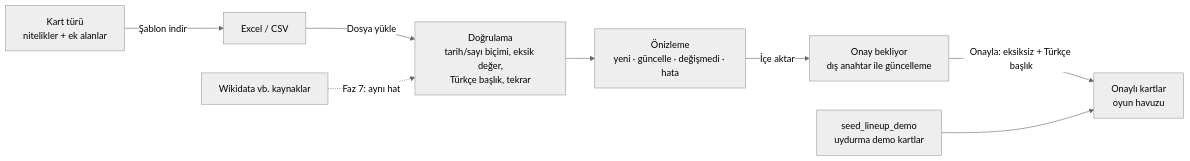
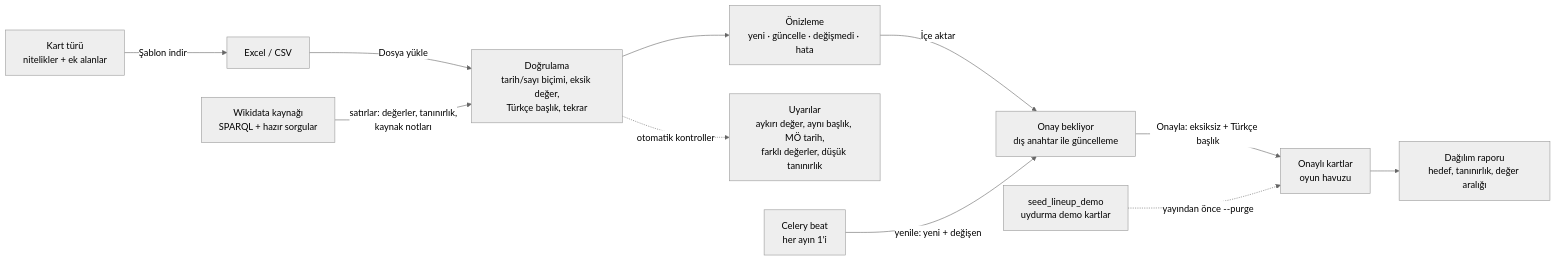
Before and after one commit to anilcelik0/saving: the fourth of 9 diagrams in docs/FLOW_lineup.md, drawn with Mermaid (neutral theme). The commit also changed other lines of this file and 15 other files, not shown here.

Commit message:
[lineup] Real data pipeline: Wikidata card sources (presets for provinces / films / battles, deterministic value pick, BC year fix, mul labels, 429 retry), popularity from sitelinks + trwiki views, automatic import checks, monthly refresh to staging, distribution report; Phase 7 docs

````diff
--- a/docs/FLOW_lineup.md
+++ b/docs/FLOW_lineup.md
@@ -119,10 +119,13 @@
 ```mermaid
 flowchart LR
     T[Kart türü<br/>nitelikler + ek alanlar] -->|Şablon indir| X[Excel / CSV]
     X -->|Dosya yükle| V[Doğrulama<br/>tarih/sayı biçimi, eksik değer,<br/>Türkçe başlık, tekrar]
     V --> P[Önizleme<br/>yeni · güncelle · değişmedi · hata]
     P -->|İçe aktar| S[Onay bekliyor<br/>dış anahtar ile güncelleme]
     S -->|Onayla: eksiksiz + Türkçe başlık| A[Onaylı kartlar<br/>oyun havuzu]
-    W[Wikidata vb. kaynaklar] -.->|Faz 7: aynı hat| V
-    D[seed_lineup_demo<br/>uydurma demo kartlar] --> A
+    W[Wikidata kaynağı<br/>SPARQL + hazır sorgular] -->|satırlar: değerler, tanınırlık,<br/>kaynak notları| V
+    V -.->|otomatik kontroller| K[Uyarılar<br/>aykırı değer, aynı başlık, MÖ tarih,<br/>farklı değerler, düşük tanınırlık]
+    B[Celery beat<br/>her ayın 1'i] -->|yenile: yeni + değişen| S
+    D[seed_lineup_demo<br/>uydurma demo kartlar] -.->|yayından önce --purge| A
+    A --> R[Dağılım raporu<br/>hedef, tanınırlık, değer aralığı]
 ```
````
